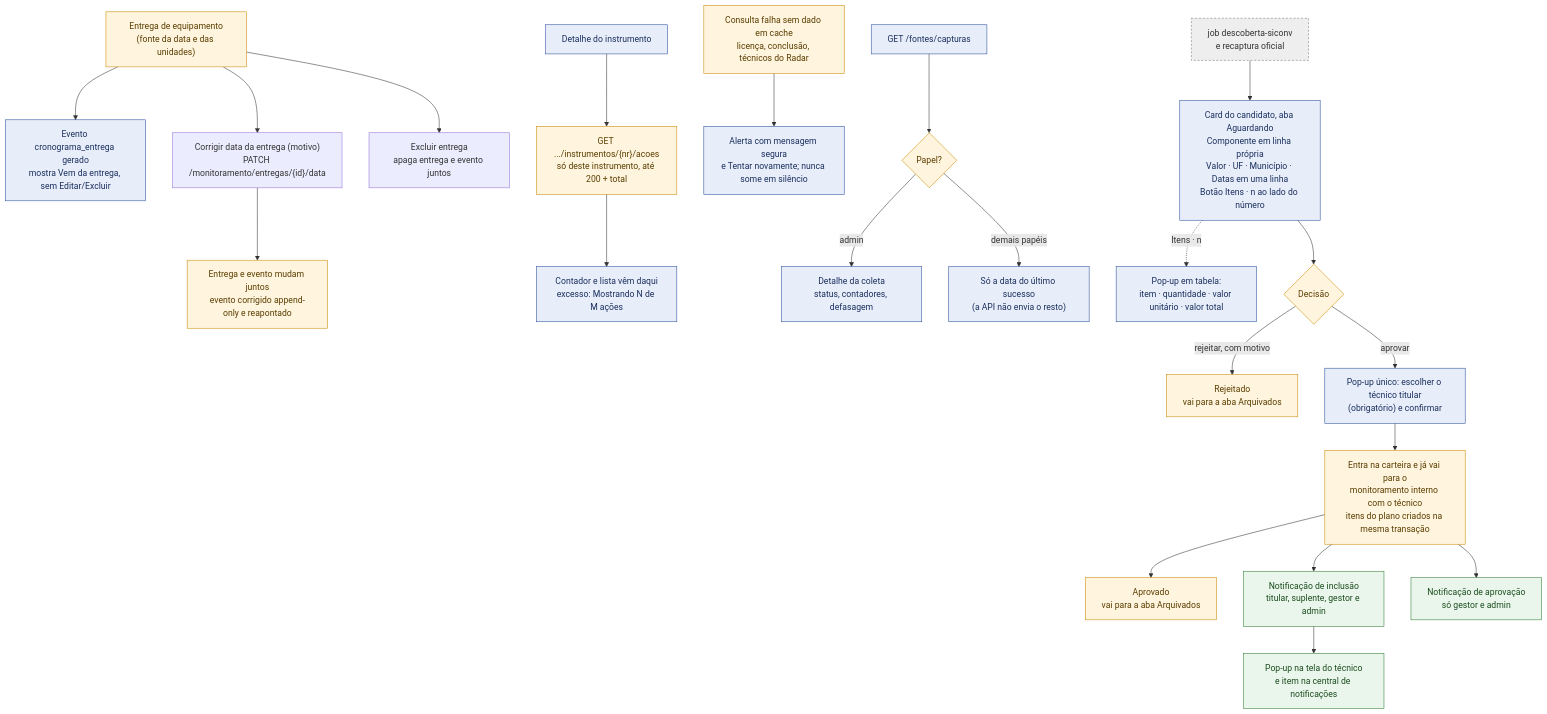
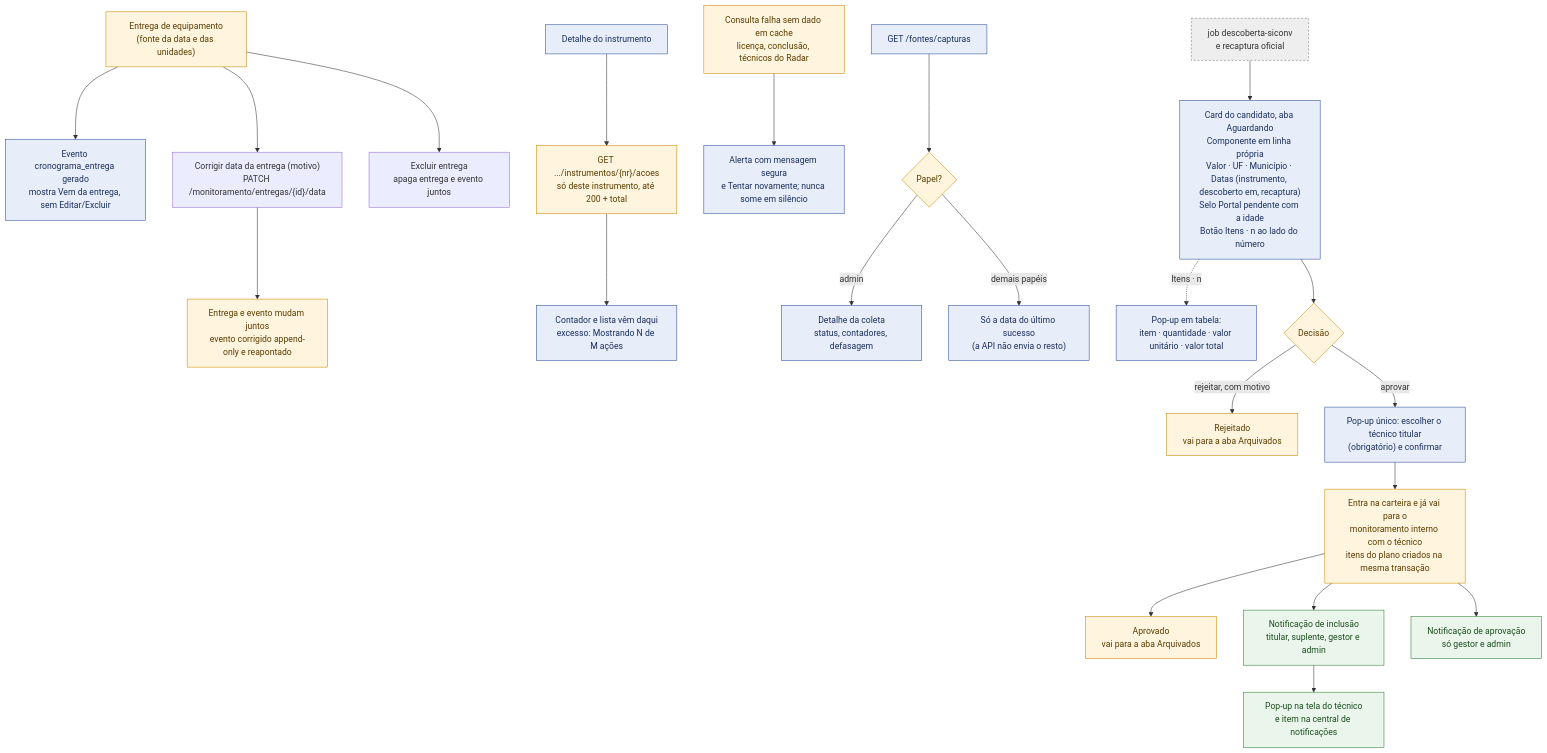
Before and after one commit to devs-ministerio/par_equipamentos: diagram 11 of 12 in docs/mermaid/monitoramento-interno.md, drawn with Mermaid. The commit also changed other lines of this file and 1 other file, not shown here.

Commit message:
docs(mermaid): monitoramento rev 4 e índice alinhados ao Radar rev 3

````diff
--- a/docs/mermaid/monitoramento-interno.md
+++ b/docs/mermaid/monitoramento-interno.md
@@ -363,26 +365,26 @@
 ```mermaid
 flowchart TB
     classDef job fill:#EEE,stroke:#777,color:#333,stroke-dasharray:4 3
     classDef tela fill:#E8EEF9,stroke:#2A4D9B,color:#1a2f5e
     classDef regra fill:#FFF4DD,stroke:#C98A00,color:#5a3d00
     classDef aviso fill:#EAF6EC,stroke:#2E7D32,color:#1b4d1e
 
     ENTREGA["Entrega de equipamento<br/>(fonte da data e das unidades)"]:::regra --> EVENTOENT["Evento cronograma_entrega gerado<br/>mostra Vem da entrega, sem Editar/Excluir"]:::tela
     ENTREGA --> CORRDATA["Corrigir data da entrega (motivo)<br/>PATCH /monitoramento/entregas/{id}/data"]:::acao --> ALINHA["Entrega e evento mudam juntos<br/>evento corrigido append-only e reapontado"]:::regra
     ENTREGA --> EXCENT["Excluir entrega<br/>apaga entrega e evento juntos"]:::acao
     ACOESDET["Detalhe do instrumento"]:::tela --> ACOESAPI["GET .../instrumentos/{nr}/acoes<br/>só deste instrumento, até 200 + total"]:::regra --> ACOESTELA["Contador e lista vêm daqui<br/>excesso: Mostrando N de M ações"]:::tela
     ERRO["Consulta falha sem dado em cache<br/>licença, conclusão, técnicos do Radar"]:::regra --> RETRY["Alerta com mensagem segura<br/>e Tentar novamente; nunca some em silêncio"]:::tela
     FONTES["GET /fontes/capturas"]:::tela --> PAPEL{"Papel?"}:::regra
     PAPEL -->|"admin"| DET["Detalhe da coleta<br/>status, contadores, defasagem"]:::tela
     PAPEL -->|"demais papéis"| RESUMO["Só a data do último sucesso<br/>(a API não envia o resto)"]:::tela
-    J["job descoberta-siconv<br/>e recaptura oficial"]:::job --> CARD["Card do candidato, aba Aguardando<br/>Componente em linha própria<br/>Valor · UF · Município · Datas em uma linha<br/>Botão Itens · n ao lado do número"]:::tela
+    J["job descoberta-siconv<br/>e recaptura oficial"]:::job --> CARD["Card do candidato, aba Aguardando<br/>Componente em linha própria<br/>Valor · UF · Município · Datas (instrumento, descoberto em, recaptura)<br/>Selo Portal pendente com a idade<br/>Botão Itens · n ao lado do número"]:::tela
     CARD -. "Itens · n" .-> TAB["Pop-up em tabela:<br/>item · quantidade · valor unitário · valor total"]:::tela
     CARD --> D{"Decisão"}:::regra
     D -->|"rejeitar, com motivo"| REJ["Rejeitado<br/>vai para a aba Arquivados"]:::regra
     D -->|"aprovar"| DLG["Pop-up único: escolher o técnico titular<br/>(obrigatório) e confirmar"]:::tela
     DLG --> MON["Entra na carteira e já vai para o<br/>monitoramento interno com o técnico<br/>itens do plano criados na mesma transação"]:::regra
     MON --> ARQ["Aprovado<br/>vai para a aba Arquivados"]:::regra
     MON --> N1["Notificação de inclusão<br/>titular, suplente, gestor e admin"]:::aviso
     N1 --> POP["Pop-up na tela do técnico<br/>e item na central de notificações"]:::aviso
     MON --> N2["Notificação de aprovação<br/>só gestor e admin"]:::aviso
 ```
````
